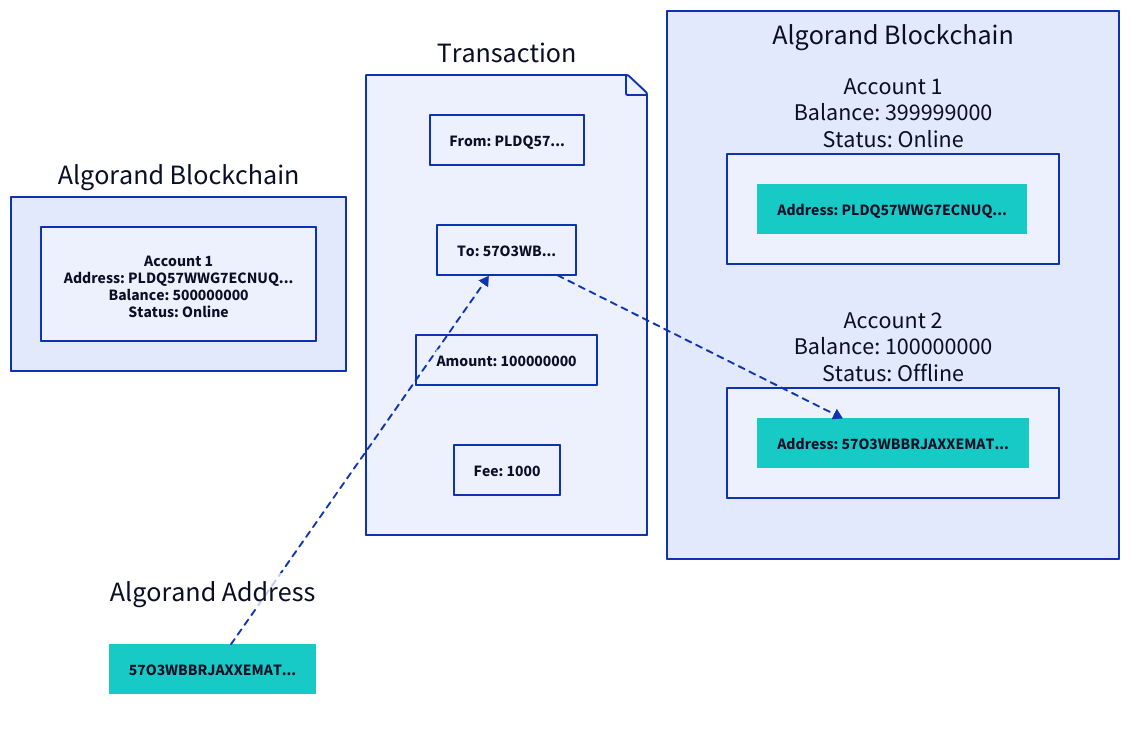
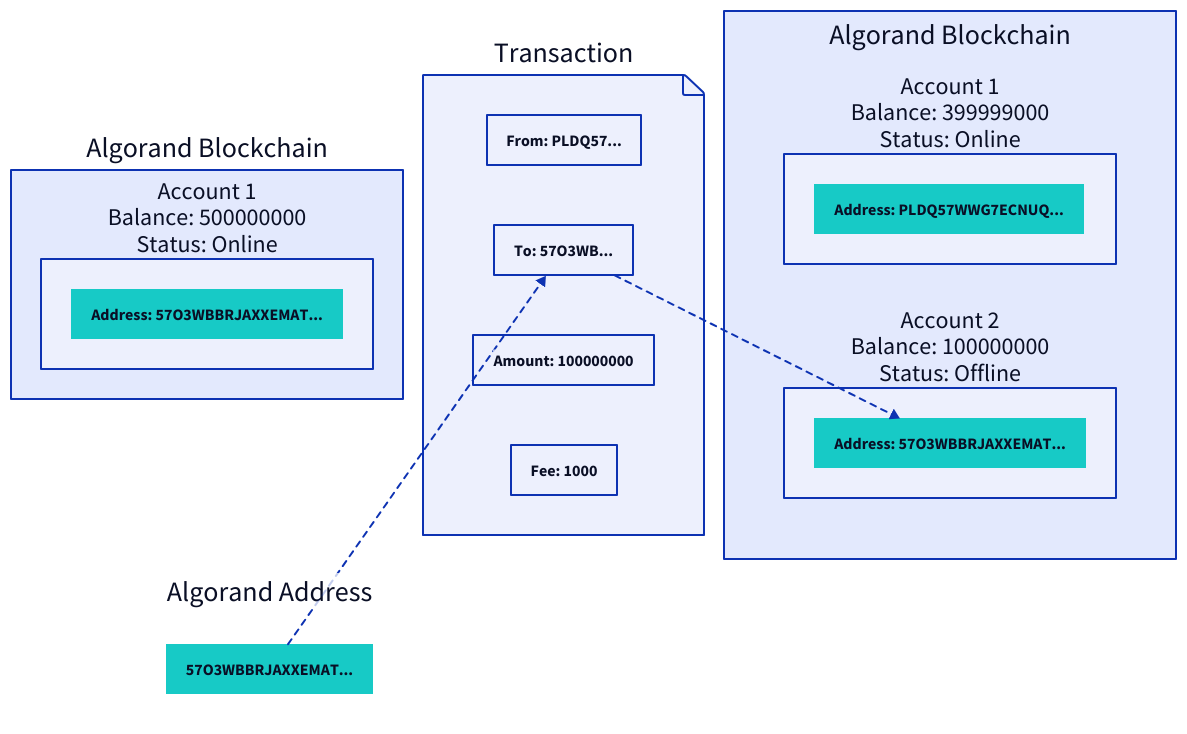
The diagram in src/assets/diagrams/d2/accounts-overview-initialize-account.d2 (marilene38/devportal), drawn with D2 before and after one commit. The commit also changed 3 other files, not shown here.

```diff
--- a/src/assets/diagrams/d2/accounts-overview-initialize-account.d2
+++ b/src/assets/diagrams/d2/accounts-overview-initialize-account.d2
@@ -1,84 +1,89 @@
 direction: right
 
 classes: {
   tealBox: {
     style: {
       fill: "#17CAC6"
       stroke-width: 0
     }
   }
 }
 leftBlockchain: {
   near: center-left
   shape: rectangle
   label: "Algorand Blockchain"
   account1: {
     shape: rectangle
-    label: "Account 1\nAddress: PLDQ57WWG7ECNUQ...\nBalance: 500000000\nStatus: Online"
+    label: "Account 1\nBalance: 500000000\nStatus: Online"
+    address: {
+      height: 50
+      label: "Address: 57O3WBBRJAXXEMAT..."
+    }
+    address.class: tealBox
   }
 }
 algorandAddress: Algorand Address {
   near: bottom-left
   style: {
     fill: transparent
     stroke-width: 0
   }
   address: {
     height: 50
     label: "57O3WBBRJAXXEMAT..."
   }
   address.class: tealBox
 }
 transaction: Transaction {
   shape: page
   from: {
     height: 50
     label: "From: PLDQ57..."
   }
   to: {
     height: 50
     label: "To: 57O3WB..."
   }
   amount: {
     height: 50
     label: "Amount: 100000000"
   }
   fee: {
     height: 50
     label: "Fee: 1000"
   }
 }
 rightBlockchain: {
   grid-columns: 1
   near: center-right
   shape: rectangle
   label: "Algorand Blockchain"
   account1: {
     shape: rectangle
     label: "Account 1\nBalance: 399999000\nStatus: Online"
     address: {
       height: 50
       label: "Address: PLDQ57WWG7ECNUQ..."
     }
     address.class: tealBox
   }
   account2: {
     shape: rectangle
     label: "Account 2\nBalance: 100000000\nStatus: Offline"
     address: {
       height: 50
       label: "Address: 57O3WBBRJAXXEMAT..."
     }
     address.class: tealBox
   }
 }
 algorandAddress.address -> transaction.to: {
   style: {
     stroke-dash: 3
   }
 }
 transaction.to -> rightBlockchain.account2.address: {
   style: {
     stroke-dash: 3
   }
 }
```
